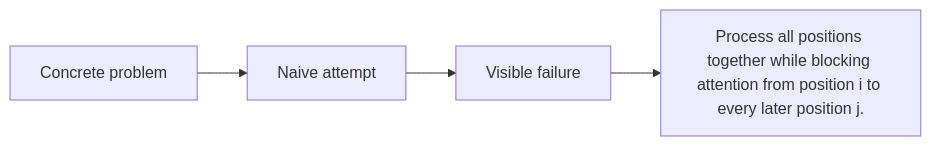
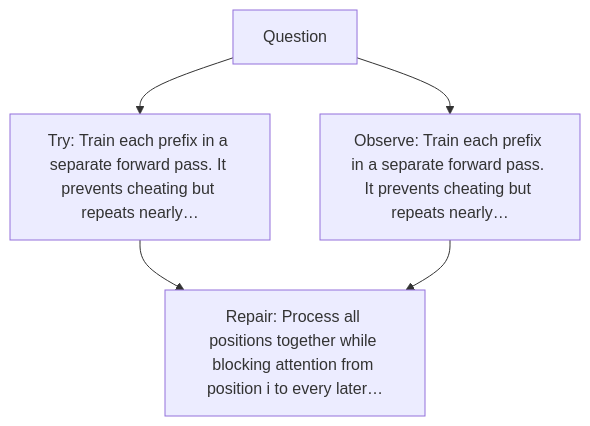
Before and after one commit to kleem-labs/AI-Archaeology: the diagram in excavations/039-causal-mask/diagram.md, drawn with Mermaid. The commit also changed other lines of this file and 288 other files, not shown here.

````diff
--- a/excavations/039-causal-mask/diagram.md
+++ b/excavations/039-causal-mask/diagram.md
@@ -3,4 +5,7 @@
-~~~mermaid
-flowchart LR
- A[Concrete problem] --> B[Naive attempt] --> C[Visible failure] --> D["Process all positions together while blocking attention from position i to every later position j."]
-~~~
+```mermaid
+flowchart TD
+    A["Question"] --> B["Try: Train each prefix in a separate forward pass. It prevents cheating but repeats nearly…"]
+    A --> C["Observe: Train each prefix in a separate forward pass. It prevents cheating but repeats nearly…"]
+    B --> D["Repair: Process all positions together while blocking attention from position i to every later…"]
+    C --> D
+```
````
